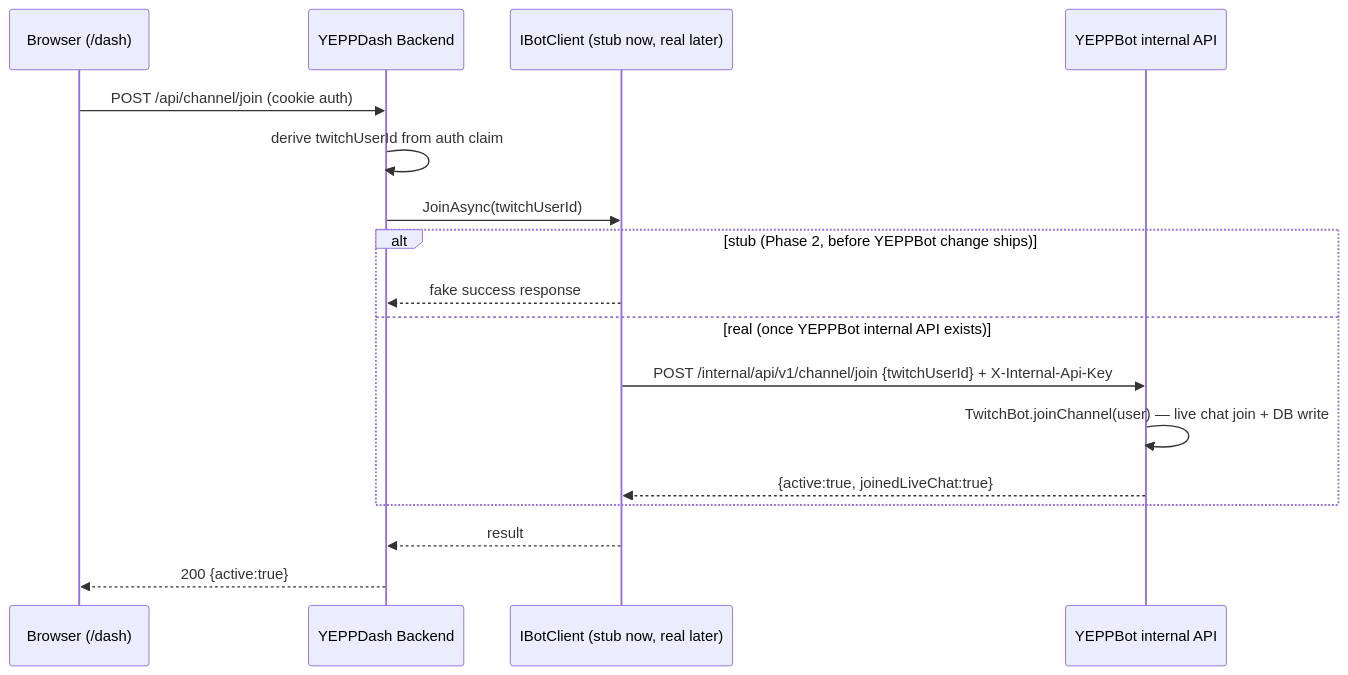
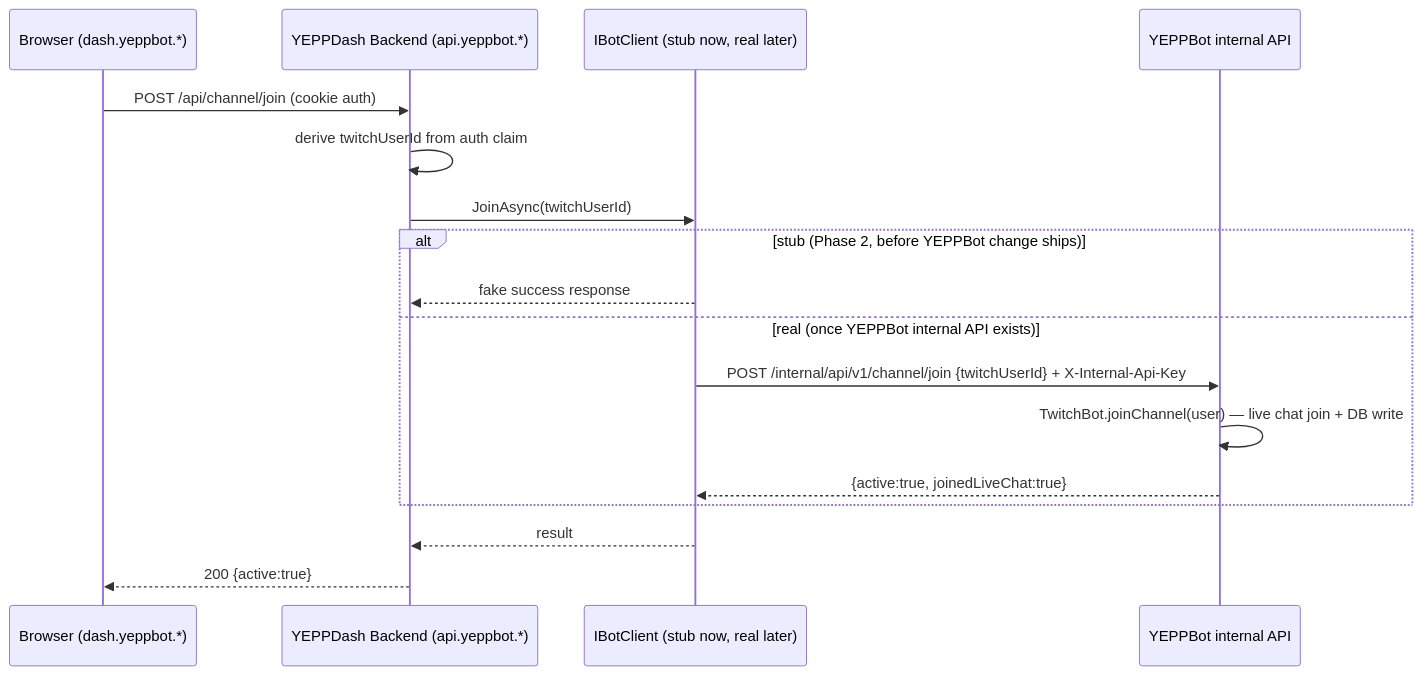
Before and after one commit to MCmoderSD/YEPPDash: the third of 3 diagrams in PLAN.md, drawn with Mermaid. The commit also changed other lines of this file and 4 other files, not shown here.

````diff
--- a/PLAN.md
+++ b/PLAN.md
@@ -56,20 +59,20 @@
 ```mermaid
 sequenceDiagram
-    participant U as Browser (/dash)
-    participant BE as YEPPDash Backend
+    participant U as Browser (dash.yeppbot.*)
+    participant BE as YEPPDash Backend (api.yeppbot.*)
     participant IB as IBotClient (stub now, real later)
     participant Bot as YEPPBot internal API
 
     U->>BE: POST /api/channel/join (cookie auth)
     BE->>BE: derive twitchUserId from auth claim
     BE->>IB: JoinAsync(twitchUserId)
     alt stub (Phase 2, before YEPPBot change ships)
         IB-->>BE: fake success response
     else real (once YEPPBot internal API exists)
         IB->>Bot: POST /internal/api/v1/channel/join {twitchUserId} + X-Internal-Api-Key
         Bot->>Bot: TwitchBot.joinChannel(user) — live chat join + DB write
         Bot-->>IB: {active:true, joinedLiveChat:true}
     end
     IB-->>BE: result
     BE-->>U: 200 {active:true}
 ```
````
